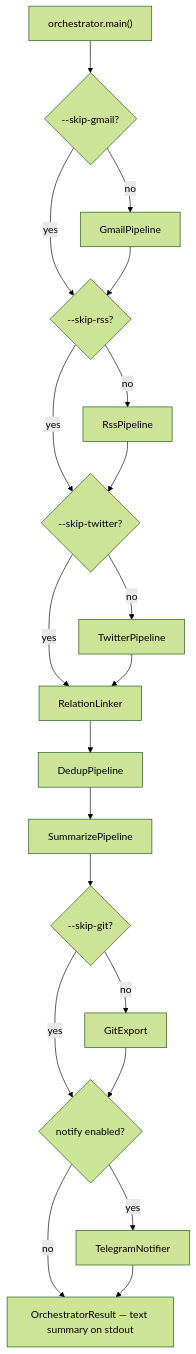
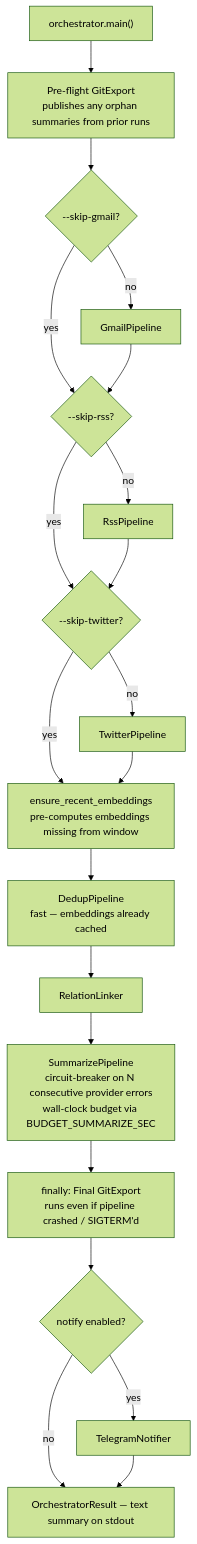
Before and after one commit to aadarshvelu/syndicate: the diagram in pipeline/doc.md, drawn with Mermaid (forest theme). The commit also changed other lines of this file and 21 other files, not shown here.

````diff
--- a/pipeline/doc.md
+++ b/pipeline/doc.md
@@ -9,30 +9,29 @@
 ```mermaid
 flowchart TD
     CLI["orchestrator.main()"]
 
-    CLI --> G_SKIP{--skip-gmail?}
+    CLI --> PRE[Pre-flight GitExport<br/>publishes any orphan summaries from prior runs]
+    PRE --> G_SKIP{--skip-gmail?}
     G_SKIP -->|no| GMAIL[GmailPipeline]
     G_SKIP -->|yes| R_SKIP
 
     GMAIL --> R_SKIP{--skip-rss?}
     R_SKIP -->|no| RSS[RssPipeline]
     R_SKIP -->|yes| T_SKIP
 
     RSS --> T_SKIP{--skip-twitter?}
     T_SKIP -->|no| TWITTER[TwitterPipeline]
-    T_SKIP -->|yes| REL
+    T_SKIP -->|yes| EMB
 
-    TWITTER --> REL[RelationLinker]
-    REL --> DEDUP[DedupPipeline]
-    DEDUP --> SUM[SummarizePipeline]
+    TWITTER --> EMB[ensure_recent_embeddings<br/>pre-computes embeddings missing from window]
+    EMB --> DEDUP[DedupPipeline<br/>fast — embeddings already cached]
+    DEDUP --> REL[RelationLinker]
+    REL --> SUM["SummarizePipeline<br/>circuit-breaker on N consecutive provider errors<br/>wall-clock budget via BUDGET_SUMMARIZE_SEC"]
 
-    SUM --> EXP_SKIP{--skip-git?}
-    EXP_SKIP -->|no| EXP[GitExport]
-    EXP_SKIP -->|yes| NOTIFY
-
-    EXP --> NOTIFY{notify enabled?}
+    SUM --> FIN["finally: Final GitExport<br/>runs even if pipeline crashed / SIGTERM'd"]
+    FIN --> NOTIFY{notify enabled?}
     NOTIFY -->|yes| TG[TelegramNotifier]
     NOTIFY -->|no| OUT
 
     TG --> OUT["OrchestratorResult — text summary on stdout"]
 ```
````
